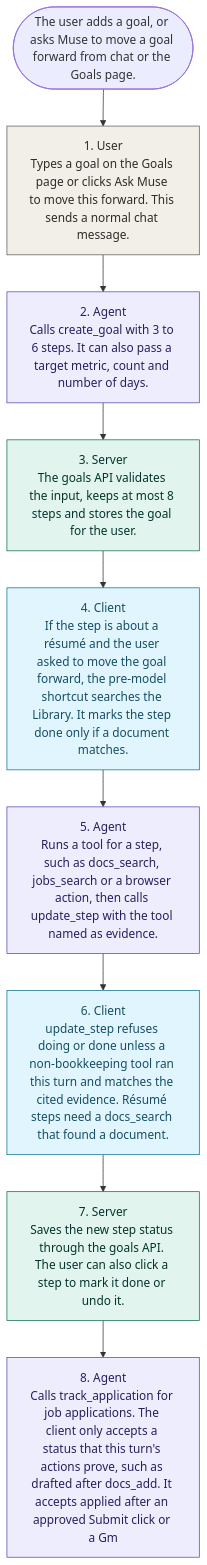
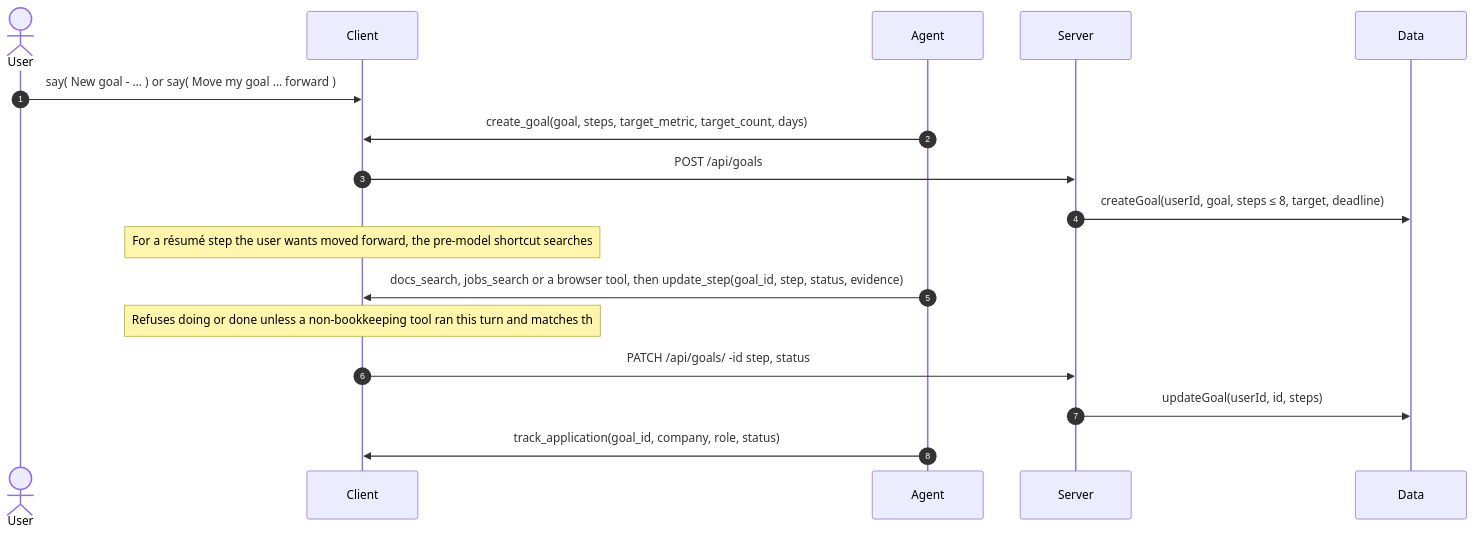
Before and after one commit to lngsa1234/mini-muse-mvp: the diagram in docs/architecture/workflows/goal-step-progress.md, drawn with Mermaid. The commit also changed other lines of this file and 5 other files, not shown here.

````diff
--- a/docs/architecture/workflows/goal-step-progress.md
+++ b/docs/architecture/workflows/goal-step-progress.md
@@ -15,34 +15,19 @@
 ```mermaid
-flowchart TB
-  start(["The user adds a goal, or asks Muse to move a goal forward from chat or the Goals page."])
-  s1["1. User<br/>Types a goal on the Goals page or clicks Ask Muse to move this forward. This sends a normal chat message."]
-  s2["2. Agent<br/>Calls create_goal with 3 to 6 steps. It can also pass a target metric, count and number of days."]
-  s3["3. Server<br/>The goals API validates the input, keeps at most 8 steps and stores the goal for the user."]
-  s4["4. Client<br/>If the step is about a résumé and the user asked to move the goal forward, the pre-model shortcut searches the Library. It marks the step done only if a document matches."]
-  s5["5. Agent<br/>Runs a tool for a step, such as docs_search, jobs_search or a browser action, then calls update_step with the tool named as evidence."]
-  s6["6. Client<br/>update_step refuses doing or done unless a non-bookkeeping tool ran this turn and matches the cited evidence. Résumé steps need a docs_search that found a document."]
-  s7["7. Server<br/>Saves the new step status through the goals API. The user can also click a step to mark it done or undo it."]
-  s8["8. Agent<br/>Calls track_application for job applications. The client only accepts a status that this turn's actions prove, such as drafted after docs_add. It accepts applied after an approved Submit click or a Gm"]
-  start --> s1
-  s1 --> s2
-  s2 --> s3
-  s3 --> s4
-  s4 --> s5
-  s5 --> s6
-  s6 --> s7
-  s7 --> s8
-  classDef user fill:#F1EFE8,stroke:#5F5E5A,color:#2C2C2A
-  classDef agent fill:#EEEDFE,stroke:#534AB7,color:#26215C
-  classDef client fill:#E1F5FE,stroke:#0E7490,color:#164E63
-  classDef server fill:#E1F5EE,stroke:#0F6E56,color:#04342C
-  classDef data fill:#F3E8FF,stroke:#7E22CE,color:#3B0764
-  classDef external fill:#FAEEDA,stroke:#854F0B,color:#412402
-  class s1 user
-  class s2 agent
-  class s3 server
-  class s4 client
-  class s5 agent
-  class s6 client
-  class s7 server
-  class s8 agent
+sequenceDiagram
+  autonumber
+  actor user as User
+  participant client as Client
+  participant agent as Agent
+  participant server as Server
+  participant data as Data
+  user->>client: say( New goal - … ) or say( Move my goal … forward )
+  agent->>client: create_goal(goal, steps, target_metric, target_count, days)
+  client->>server: POST /api/goals
+  server->>data: createGoal(userId, goal, steps ≤ 8, target, deadline)
+  Note over client: For a résumé step the user wants moved forward, the pre-model shortcut searches 
+  agent->>client: docs_search, jobs_search or a browser tool, then update_step(goal_id, step, status, evidence)
+  Note over client: Refuses doing or done unless a non-bookkeeping tool ran this turn and matches th
+  client->>server: PATCH /api/goals/ -id step, status
+  server->>data: updateGoal(userId, id, steps)
+  agent->>client: track_application(goal_id, company, role, status)
 ```
````
